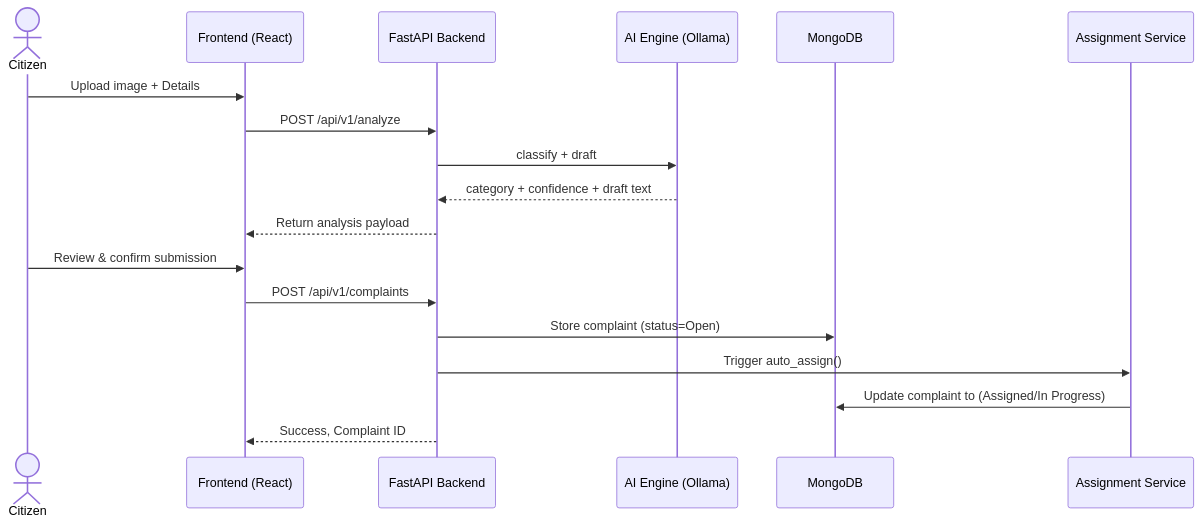
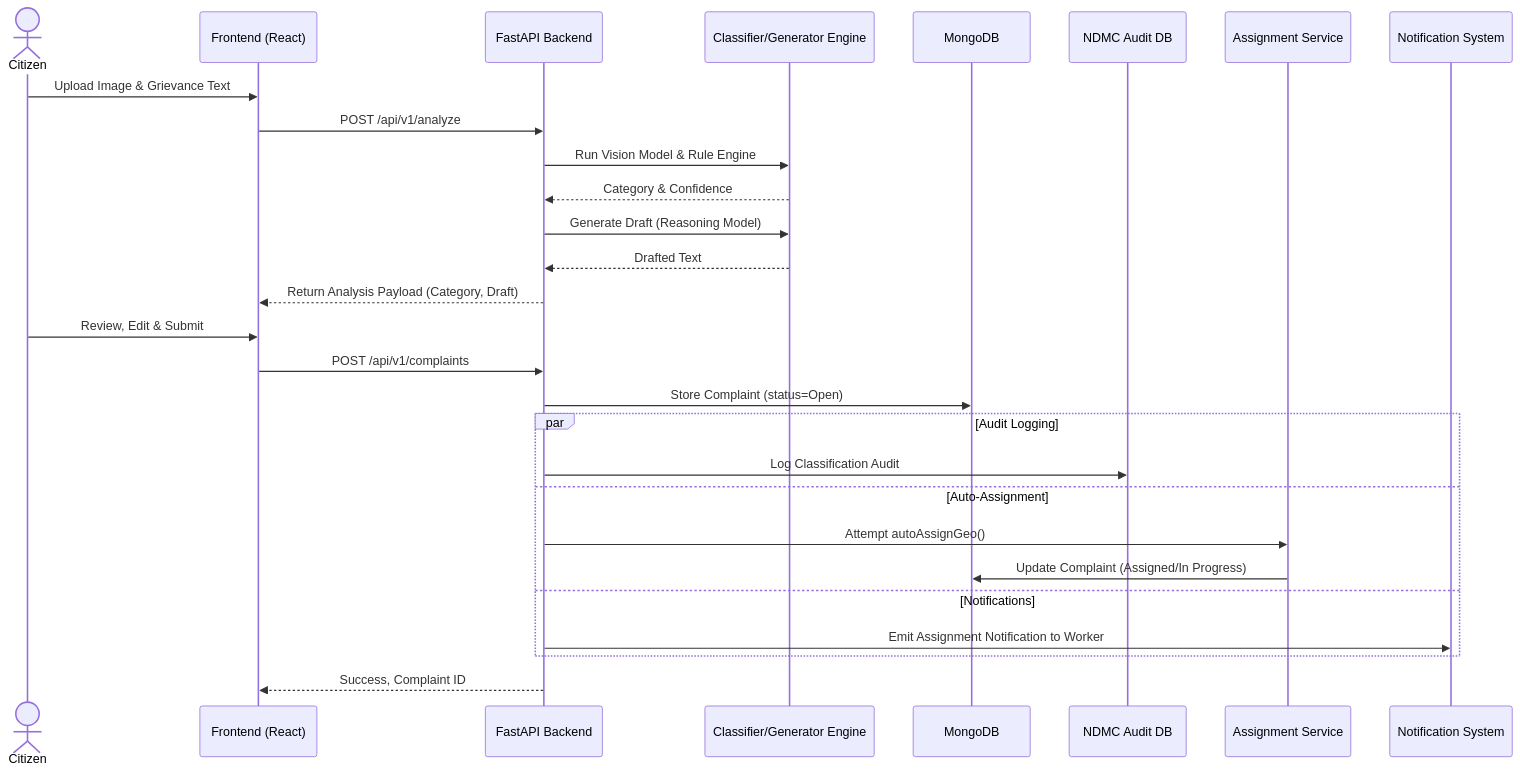
Before and after one commit to ark5234/Jan-Sunwai-AI: the fifth of 10 diagrams in docs/DIAGRAMS.md, drawn with Mermaid. The commit also changed other lines of this file, not shown here.

Commit message:
docs: add comprehensive system architecture and design diagrams documentation

````diff
--- a/docs/DIAGRAMS.md
+++ b/docs/DIAGRAMS.md
@@ -148,22 +196,32 @@
 ```mermaid
 sequenceDiagram
     actor Citizen
     participant FE as Frontend (React)
     participant API as FastAPI Backend
-    participant AI as AI Engine (Ollama)
+    participant CLSF as Classifier/Generator Engine
     participant DB as MongoDB
+    participant NDMC as NDMC Audit DB
     participant ASSIGN as Assignment Service
+    participant NOTIFY as Notification System
 
-    Citizen->>FE: Upload image + Details
+    Citizen->>FE: Upload Image & Grievance Text
     FE->>API: POST /api/v1/analyze
-    API->>AI: classify + draft
-    AI-->>API: category + confidence + draft text
-    API-->>FE: Return analysis payload
+    API->>CLSF: Run Vision Model & Rule Engine
+    CLSF-->>API: Category & Confidence
+    API->>CLSF: Generate Draft (Reasoning Model)
+    CLSF-->>API: Drafted Text
+    API-->>FE: Return Analysis Payload (Category, Draft)
 
-    Citizen->>FE: Review & confirm submission
+    Citizen->>FE: Review, Edit & Submit
     FE->>API: POST /api/v1/complaints
-    API->>DB: Store complaint (status=Open)
-    API->>ASSIGN: Trigger auto_assign()
-    ASSIGN->>DB: Update complaint to (Assigned/In Progress)
+    API->>DB: Store Complaint (status=Open)
+    par Audit Logging
+        API->>NDMC: Log Classification Audit
+    and Auto-Assignment
+        API->>ASSIGN: Attempt autoAssignGeo()
+        ASSIGN->>DB: Update Complaint (Assigned/In Progress)
+    and Notifications
+        API->>NOTIFY: Emit Assignment Notification to Worker
+    end
     API-->>FE: Success, Complaint ID
 ```
````
